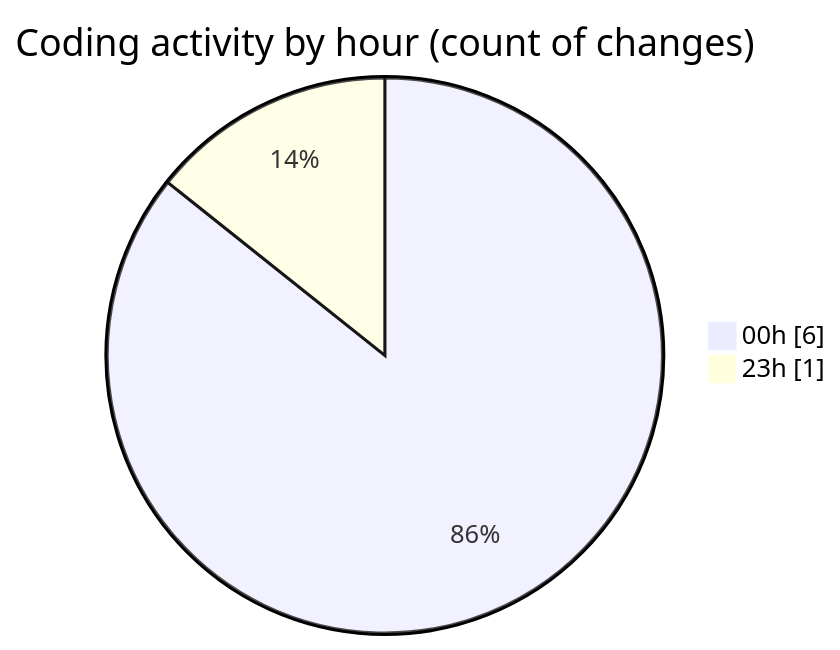
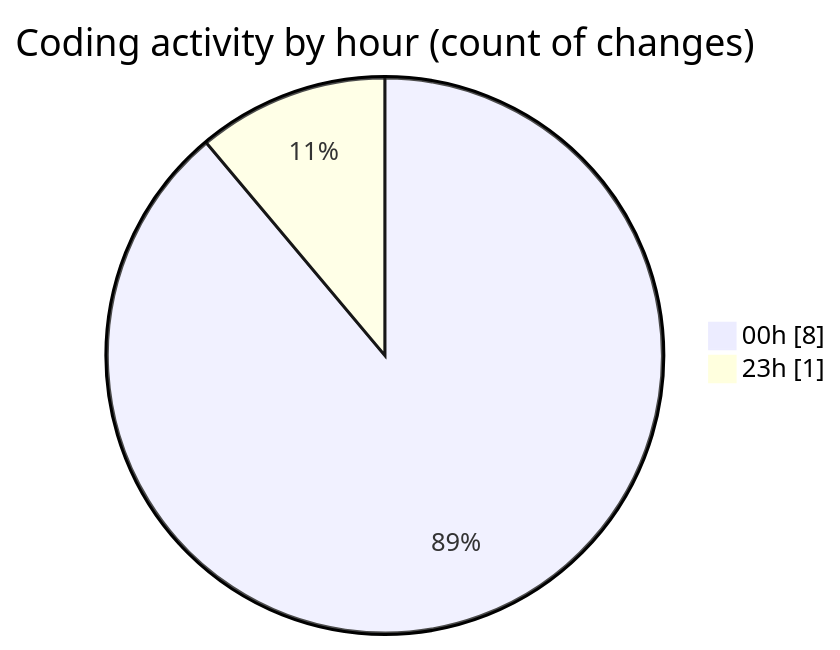
The second of 2 diagrams in 2026-02-09/singularitybrainai/README.md (tmsrecording-cyber/code-tracking), drawn with Mermaid before and after one commit. The commit also changed other lines of this file and 1 other file, not shown here.

````diff
--- a/2026-02-09/singularitybrainai/README.md
+++ b/2026-02-09/singularitybrainai/README.md
@@ -28,6 +28,6 @@
 ```mermaid
 pie showData
 title Coding activity by hour (count of changes)
-"00h" : 6
+"00h" : 8
 "23h" : 1
 ```
````
